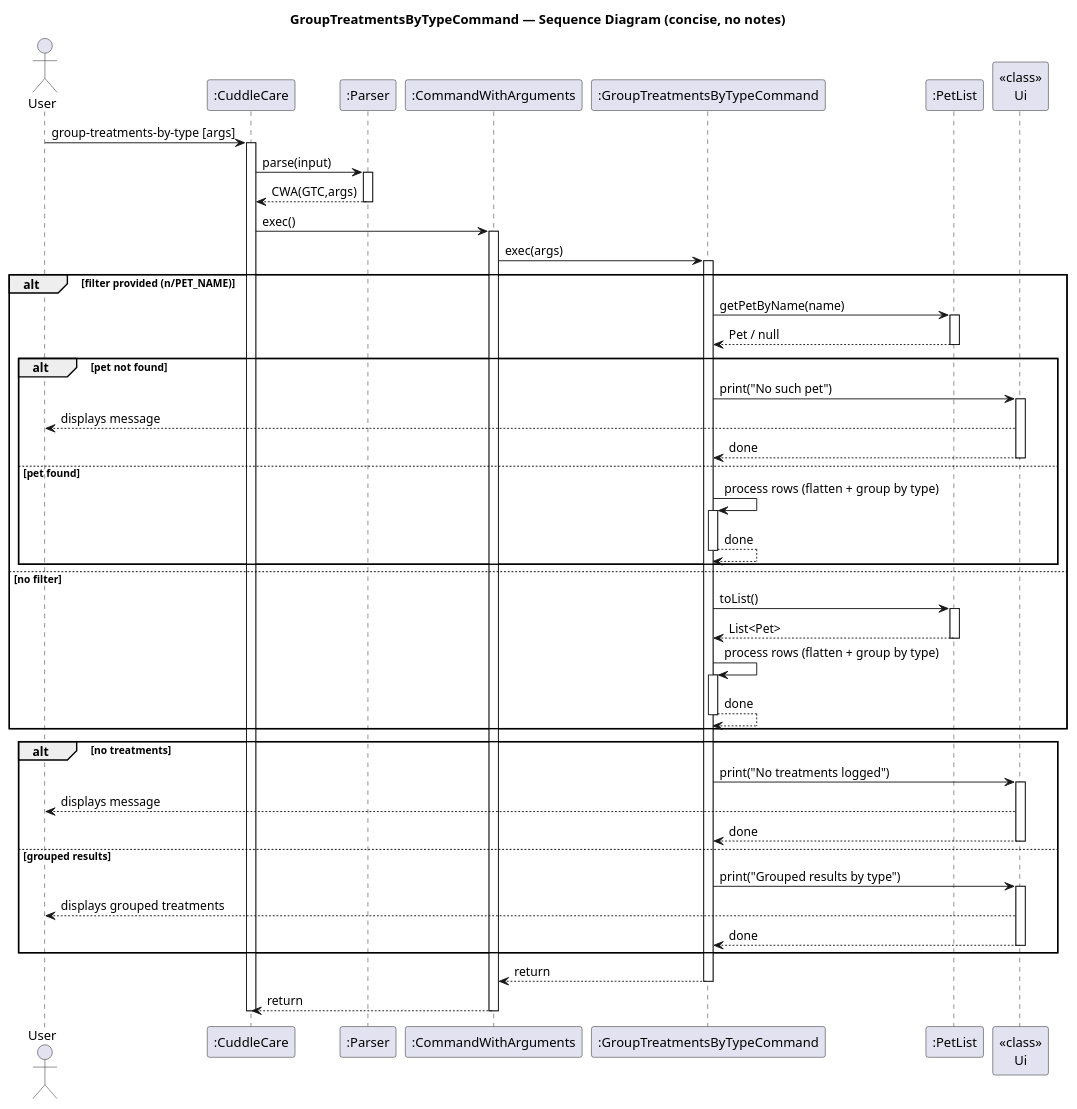
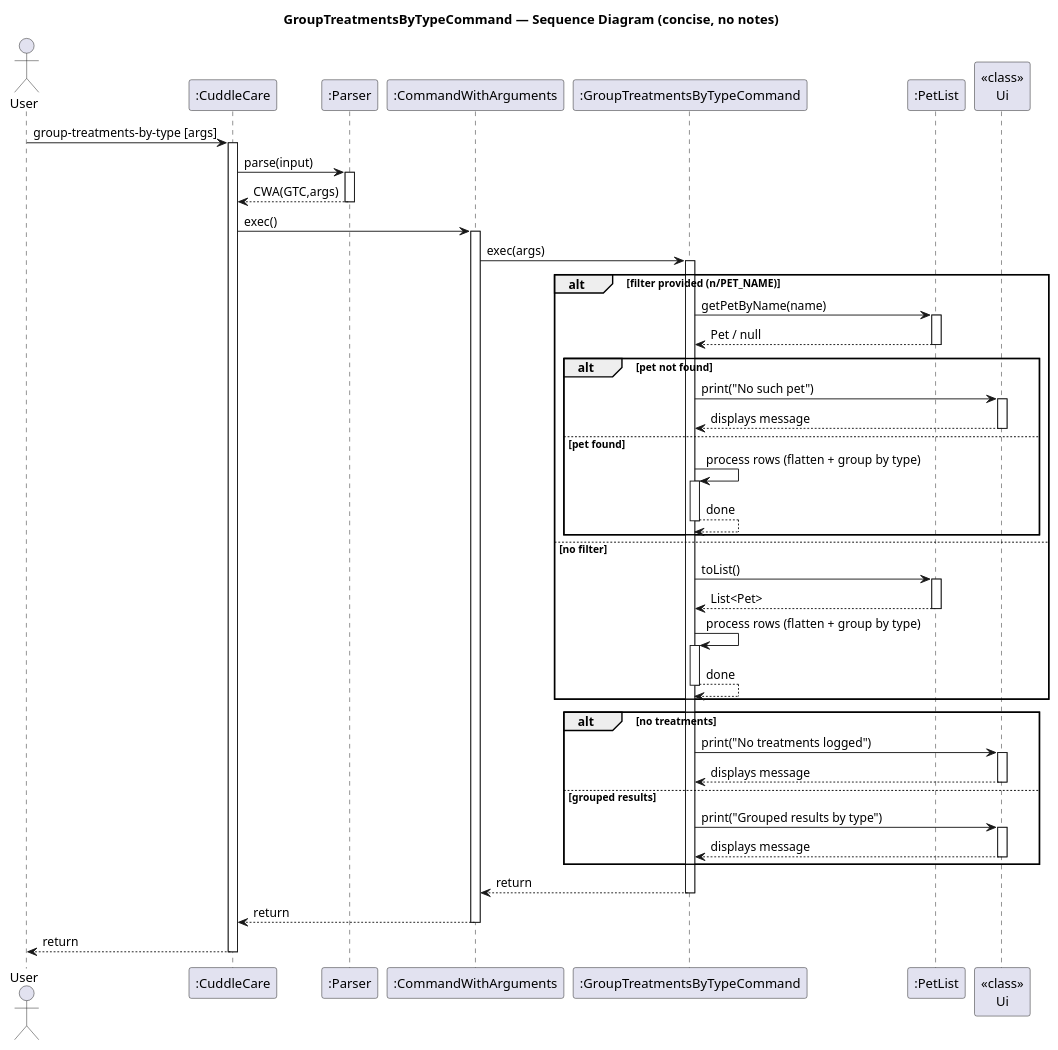
Before and after one commit to Kevin88866/tp: the diagram in docs/uml/GroupTreatmentsByTypeCommand_Sequence_Diagram.puml, drawn with PlantUML. The commit also changed 9 other files, not shown here.

Commit message:
modify sequence diagram

```diff
--- a/docs/uml/GroupTreatmentsByTypeCommand_Sequence_Diagram.puml
+++ b/docs/uml/GroupTreatmentsByTypeCommand_Sequence_Diagram.puml
@@ -1,70 +1,68 @@
 @startuml
 title GroupTreatmentsByTypeCommand — Sequence Diagram (concise, no notes)
 actor User
 participant ":CuddleCare" as CuddleCare
 participant ":Parser" as Parser
 participant ":CommandWithArguments" as CWA
 participant ":GroupTreatmentsByTypeCommand" as GTC
 participant ":PetList" as PetList
 participant "<<class>>\nUi" as Ui
 
 User -> CuddleCare : group-treatments-by-type [args]
 activate CuddleCare
 CuddleCare -> Parser : parse(input)
 activate Parser
 Parser --> CuddleCare : CWA(GTC,args)
 deactivate Parser
 
 CuddleCare -> CWA : exec()
 activate CWA
 CWA -> GTC : exec(args)
 activate GTC
 
 alt filter provided (n/PET_NAME)
   GTC -> PetList : getPetByName(name)
   activate PetList
   PetList --> GTC : Pet / null
   deactivate PetList
   alt pet not found
     GTC -> Ui : print("No such pet")
     activate Ui
-    Ui --> User : displays message
-    Ui --> GTC : done
+    Ui --> GTC : displays message
     deactivate Ui
   else pet found
     GTC -> GTC : process rows (flatten + group by type)
     activate GTC
     GTC --> GTC : done
     deactivate GTC
   end
 else no filter
   GTC -> PetList : toList()
   activate PetList
   PetList --> GTC : List<Pet>
   deactivate PetList
   GTC -> GTC : process rows (flatten + group by type)
   activate GTC
   GTC --> GTC : done
   deactivate GTC
 end
 
 alt no treatments
   GTC -> Ui : print("No treatments logged")
   activate Ui
-  Ui --> User : displays message
-  Ui --> GTC : done
+  Ui --> GTC : displays message
   deactivate Ui
 else grouped results
   GTC -> Ui : print("Grouped results by type")
   activate Ui
-  Ui --> User : displays grouped treatments
-  Ui --> GTC : done
+  Ui --> GTC : displays message
   deactivate Ui
 end
 
 GTC --> CWA : return
 deactivate GTC
 CWA --> CuddleCare : return
 deactivate CWA
+CuddleCare --> User : return
 deactivate CuddleCare
 @enduml
```
